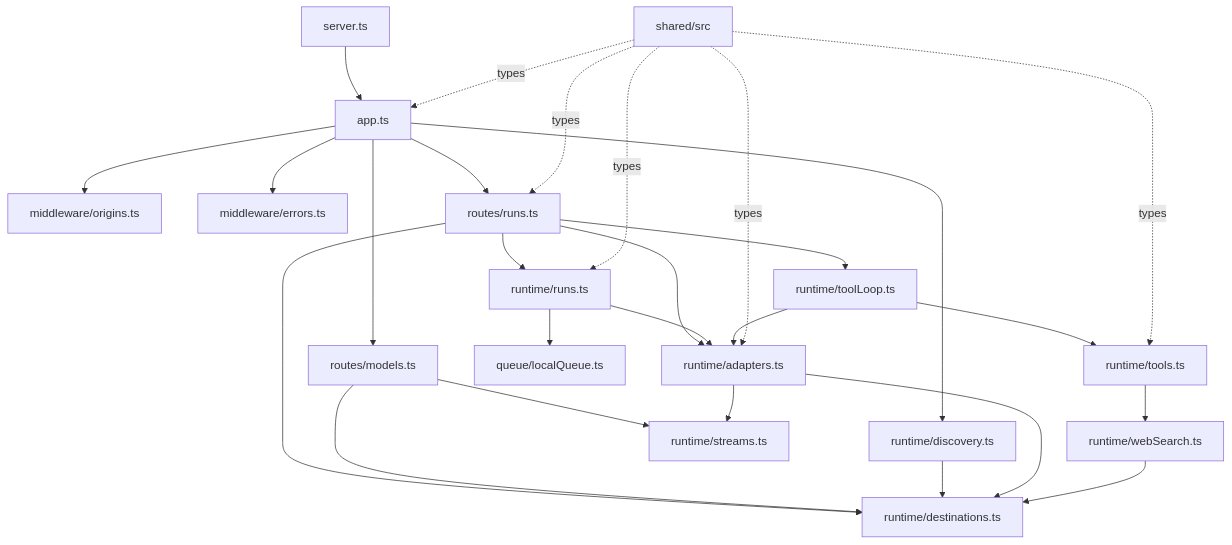
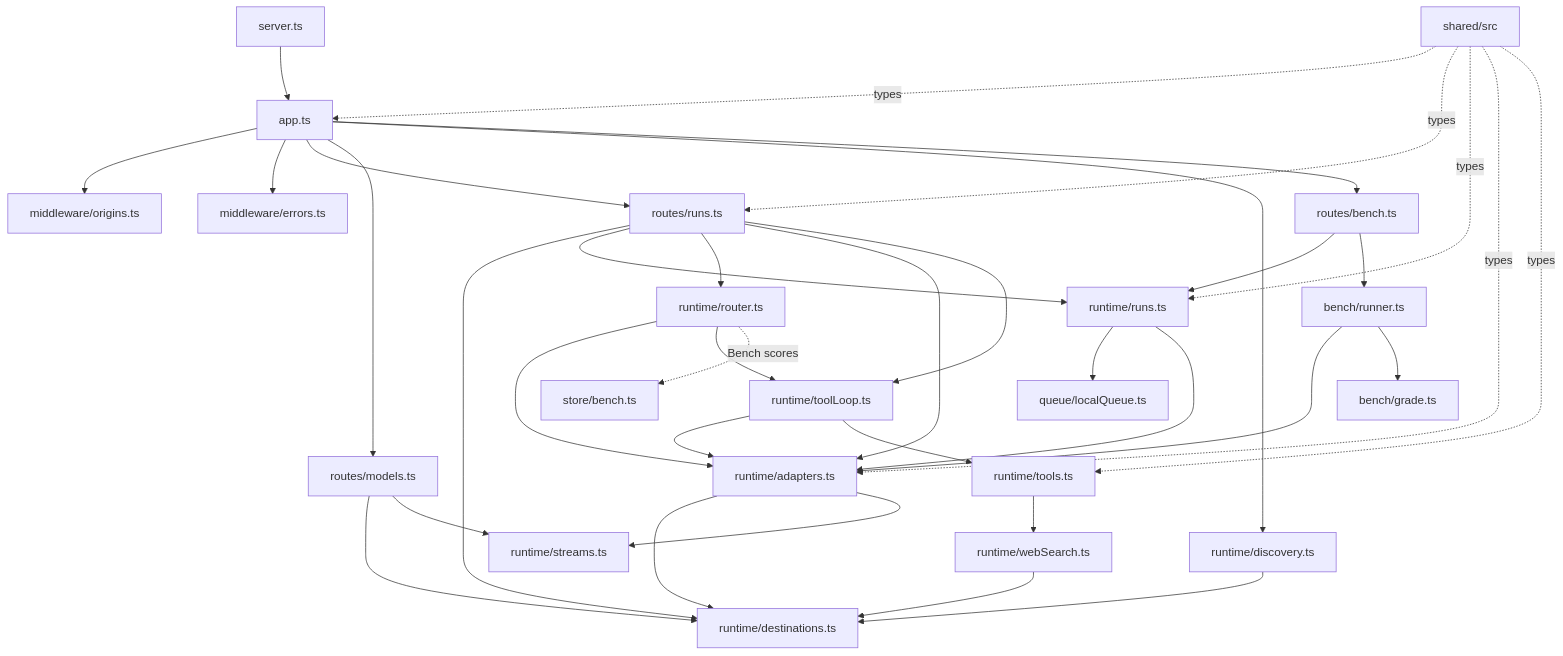
The third of 5 diagrams in backend/docs/architecture.md (sanketmuchhala/Nerdplexity), drawn with Mermaid before and after one commit. The commit also changed other lines of this file and 8 other files, not shown here.

First line of the commit message:
docs: Free Router and Bench guides

````diff
--- a/backend/docs/architecture.md
+++ b/backend/docs/architecture.md
@@ -92,33 +92,42 @@
 ```mermaid
 flowchart TD
     Server[server.ts] --> App[app.ts]
     App --> Origins[middleware/origins.ts]
     App --> Errors[middleware/errors.ts]
     App --> RunRoutes[routes/runs.ts]
     App --> ModelRoutes[routes/models.ts]
     App --> Discovery[runtime/discovery.ts]
 
     RunRoutes --> Destinations[runtime/destinations.ts]
     RunRoutes --> Registry[runtime/runs.ts]
+    RunRoutes --> Router[runtime/router.ts]
+    Router --> Adapters
+    Router --> ToolLoop
+    App --> BenchRoutes[routes/bench.ts]
+    BenchRoutes --> Registry
+    BenchRoutes --> BenchRunner[bench/runner.ts]
+    BenchRunner --> Adapters
+    BenchRunner --> Graders[bench/grade.ts]
+    Router -. Bench scores .-> Store[store/bench.ts]
     RunRoutes --> Adapters[runtime/adapters.ts]
     RunRoutes --> ToolLoop[runtime/toolLoop.ts]
 
     Registry --> Queue[queue/localQueue.ts]
     Registry --> Adapters
     ToolLoop --> Adapters
     ToolLoop --> Tools[runtime/tools.ts]
     Tools --> WebSearch[runtime/webSearch.ts]
 
     ModelRoutes --> Destinations
     ModelRoutes --> Streams[runtime/streams.ts]
     Discovery --> Destinations
     Adapters --> Destinations
     Adapters --> Streams
     WebSearch --> Destinations
 
     Contracts[shared/src] -. types .-> App
     Contracts -. types .-> RunRoutes
     Contracts -. types .-> Registry
     Contracts -. types .-> Adapters
     Contracts -. types .-> Tools
 ```
````
